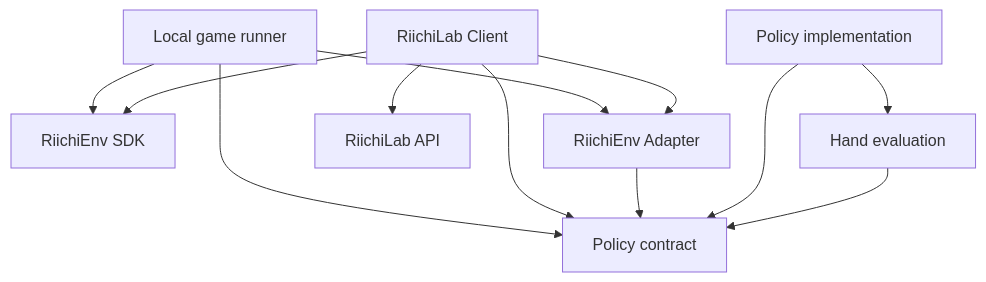
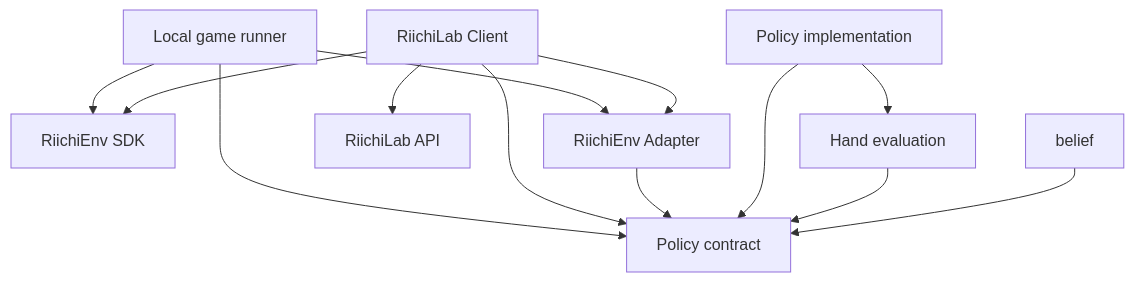
One commit to lisbun/lisjong changed the diagram in docs/architecture.md. Above: the diagram before and after it, drawn with Mermaid. The commit also changed other lines of this file and 7 other files, not shown here.

````diff
--- a/docs/architecture.md
+++ b/docs/architecture.md
@@ -329,14 +392,15 @@
 ```mermaid
 flowchart TD
     Runner["Local game runner"] --> SDK["RiichiEnv SDK"]
     Runner --> Adapter["RiichiEnv Adapter"]
     Runner --> Contract["Policy contract"]
     Client["RiichiLab Client"] --> LabAPI["RiichiLab API"]
     Client --> SDK
     Client --> Adapter
     Client --> Contract
     Adapter --> Contract
     Impl["Policy implementation"] --> Contract
     Impl --> HandEval["Hand evaluation"]
     HandEval --> Contract
+    Belief["belief"] --> Contract
 ```
````
